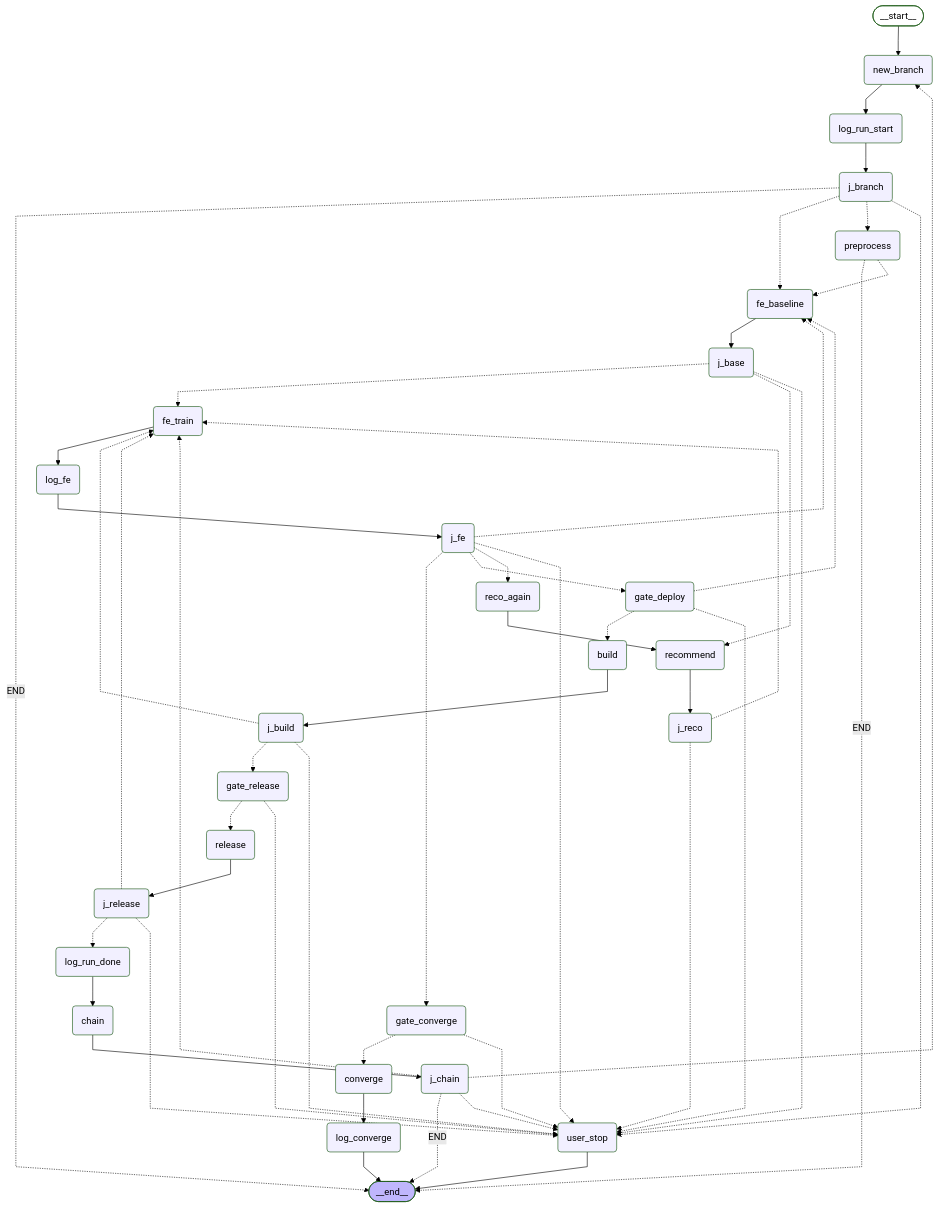
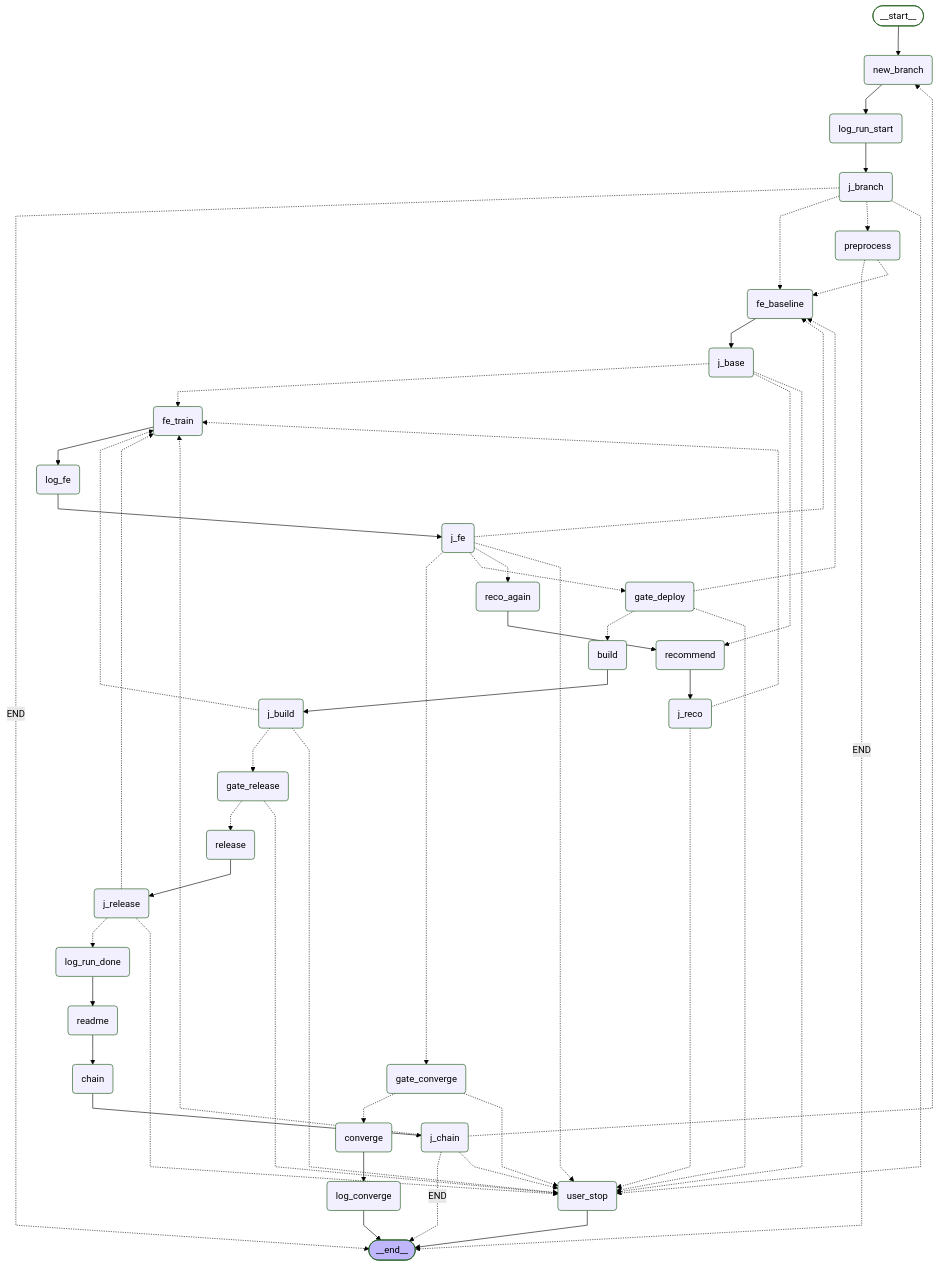
One commit to JB-Pirate-King/JB-Pirate-King changed the second of 2 diagrams in ml/PIPELINE.md. Above: the diagram before and after it, drawn with Mermaid (forest theme). The commit also changed other lines of this file and 5 other files, not shown here.

First line of the commit message:
feat(orchestrator): readme node — append run results to root README; drop per-branch deploy report; remove graph.md

```diff
--- a/ml/PIPELINE.md
+++ b/ml/PIPELINE.md
@@ -190,6 +191,7 @@
 	fe_train(fe_train)
 	build(build)
 	release(release)
+	readme(readme)
 	chain(chain)
 	converge(converge)
 	user_stop(user_stop)
@@ -224,14 +226,14 @@
 	j_base -.-> fe_train;
 	j_base -.-> recommend;
 	j_base -.-> user_stop;
-	j_branch -. END .-> __end__;
+	j_branch -.  END  .-> __end__;
 	j_branch -.-> fe_baseline;
 	j_branch -.-> preprocess;
 	j_branch -.-> user_stop;
 	j_build -.-> fe_train;
 	j_build -.-> gate_release;
 	j_build -.-> user_stop;
-	j_chain -. END .-> __end__;
+	j_chain -.  END  .-> __end__;
 	j_chain -.-> fe_train;
 	j_chain -.-> new_branch;
 	j_chain -.-> user_stop;
@@ -246,11 +248,12 @@
 	j_release -.-> log_run_done;
 	j_release -.-> user_stop;
 	log_fe --> j_fe;
-	log_run_done --> chain;
+	log_run_done --> readme;
 	log_run_start --> j_branch;
 	new_branch --> log_run_start;
-	preprocess -. END .-> __end__;
+	preprocess -.  END  .-> __end__;
 	preprocess -.-> fe_baseline;
+	readme --> chain;
 	reco_again --> recommend;
 	recommend --> j_reco;
 	release --> j_release;
```
